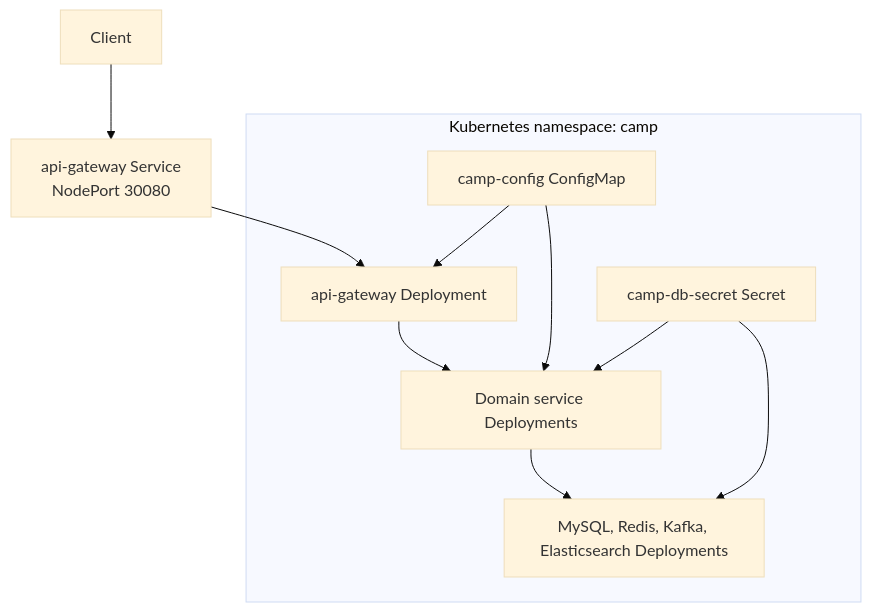
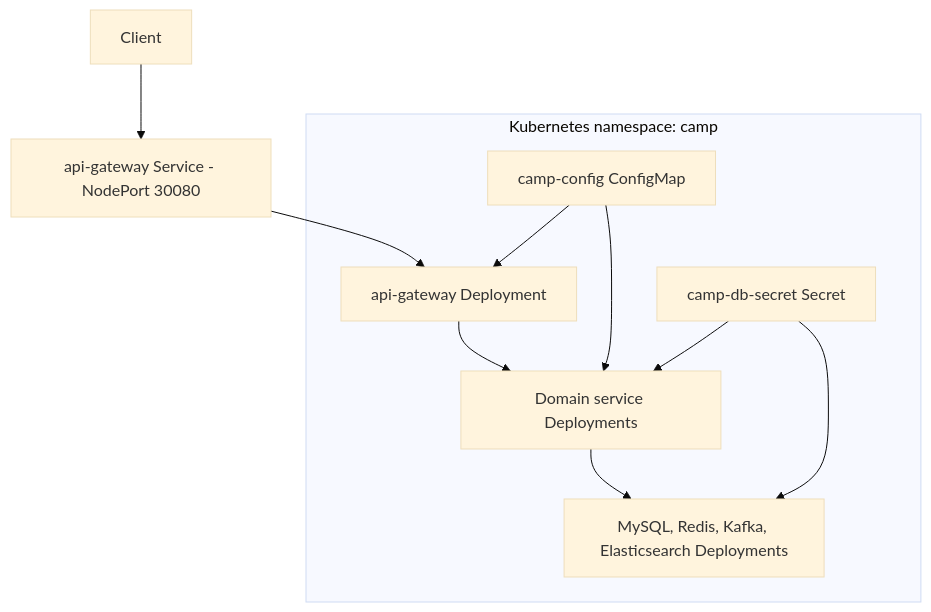
The sixth of 14 diagrams in README.md (pramod4it/camp), drawn with Mermaid (base theme) before and after one commit. The commit also changed other lines of this file, not shown here.

Commit message:
Fix GitHub Mermaid README diagrams

````diff
--- a/README.md
+++ b/README.md
@@ -286,22 +278,22 @@
 ```mermaid
 flowchart TB
     Client["Client"]
-    NodePort["api-gateway Service<br/>NodePort 30080"]
+    NodePort["api-gateway Service - NodePort 30080"]
 
     subgraph K8s["Kubernetes namespace: camp"]
         GatewayPod["api-gateway Deployment"]
         AppPods["Domain service Deployments"]
         InfraPods["MySQL, Redis, Kafka, Elasticsearch Deployments"]
         ConfigMap["camp-config ConfigMap"]
         Secret["camp-db-secret Secret"]
     end
 
     Client --> NodePort
     NodePort --> GatewayPod
     GatewayPod --> AppPods
     AppPods --> InfraPods
     ConfigMap --> GatewayPod
     ConfigMap --> AppPods
     Secret --> InfraPods
     Secret --> AppPods
 ```
````
